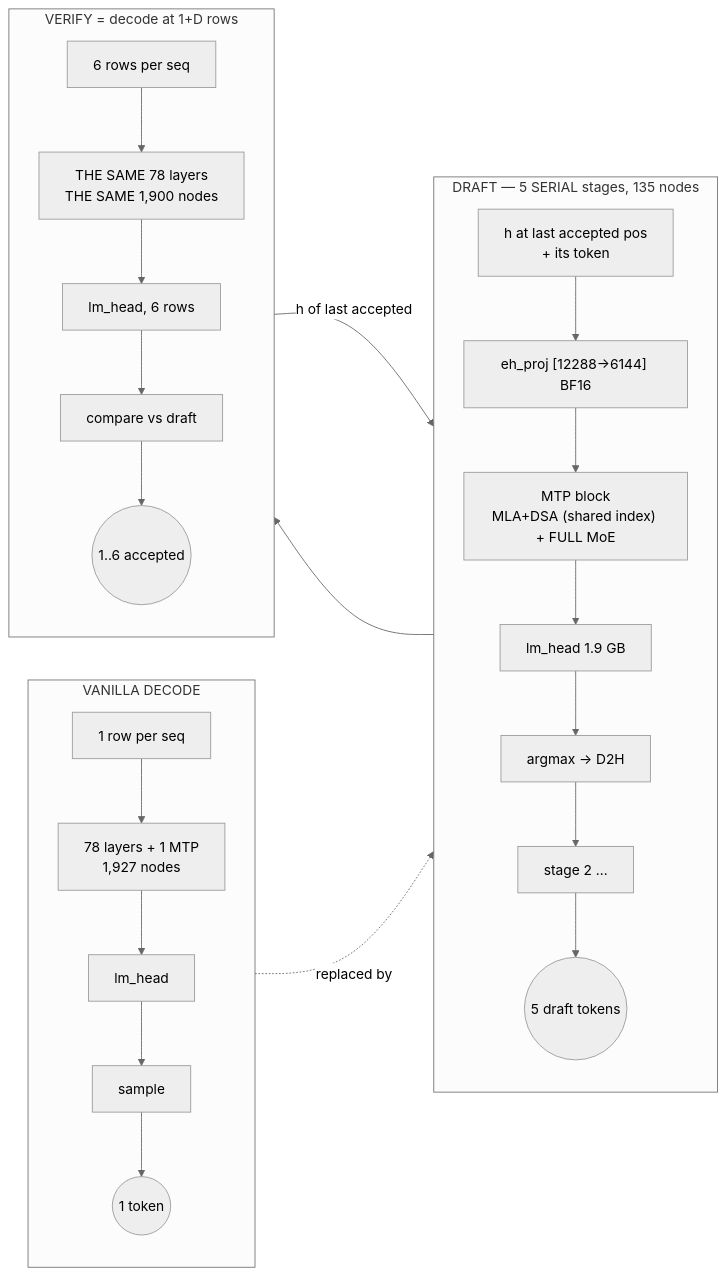
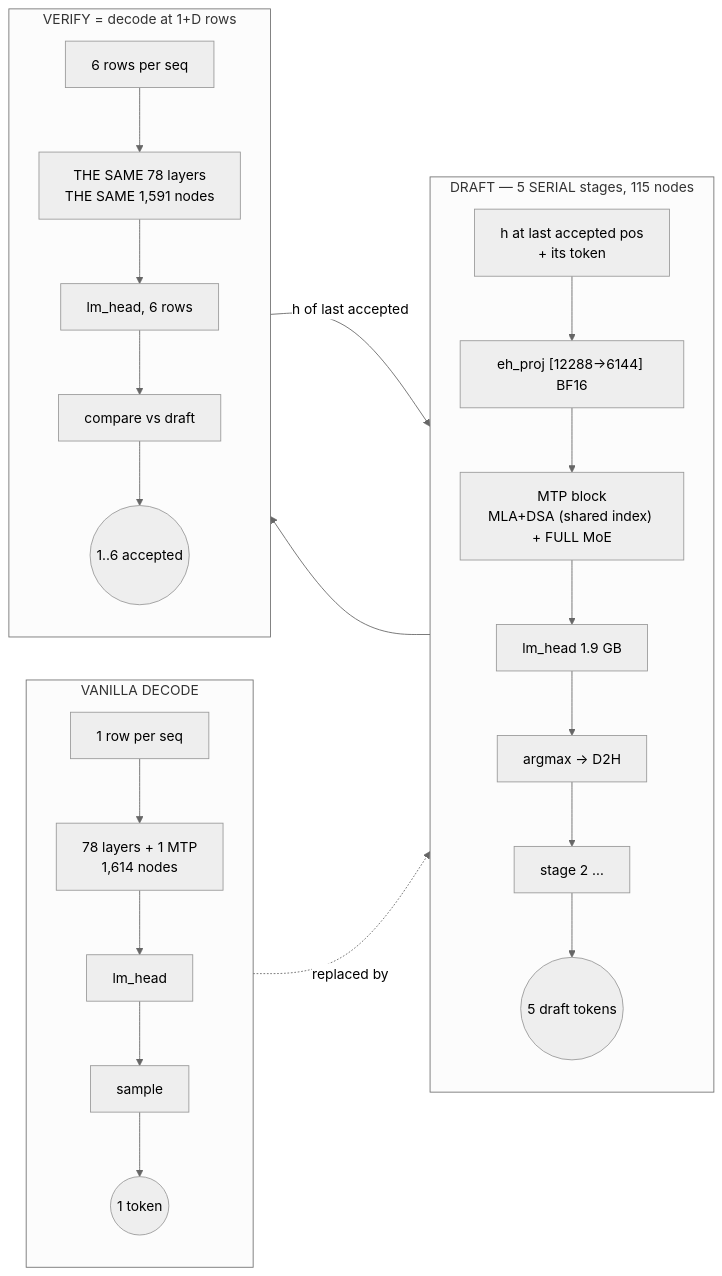
The second of 3 diagrams in docs/glm-5.2/DESIGN-NOTE.md (GitM-Labs/runtime), drawn with Mermaid before and after one commit. The commit also changed other lines of this file and 4 other files, not shown here.

````diff
--- a/docs/glm-5.2/DESIGN-NOTE.md
+++ b/docs/glm-5.2/DESIGN-NOTE.md
@@ -333,25 +333,25 @@
 ```mermaid
 %%{init: {'theme':'neutral'}}%%
 flowchart LR
   subgraph V["VANILLA DECODE"]
     direction TB
-    v1["1 row per seq"] --> v2["78 layers + 1 MTP<br/>1,927 nodes"] --> v3["lm_head"] --> v4["sample"]
+    v1["1 row per seq"] --> v2["78 layers + 1 MTP<br/>1,614 nodes"] --> v3["lm_head"] --> v4["sample"]
     v4 --> v5(("1 token"))
   end
-  subgraph D["DRAFT — 5 SERIAL stages, 135 nodes"]
+  subgraph D["DRAFT — 5 SERIAL stages, 115 nodes"]
     direction TB
     d0["h at last accepted pos<br/>+ its token"] --> eh["eh_proj [12288→6144] BF16"]
     eh --> d1["MTP block<br/>MLA+DSA (shared index) + FULL MoE"]
     d1 --> dl1["lm_head 1.9 GB"] --> ds1["argmax → D2H"] --> d2["stage 2 …"]
     d2 --> dt(("5 draft tokens"))
   end
   subgraph W["VERIFY = decode at 1+D rows"]
     direction TB
-    w1["6 rows per seq"] --> w2["THE SAME 78 layers<br/>THE SAME 1,900 nodes"]
+    w1["6 rows per seq"] --> w2["THE SAME 78 layers<br/>THE SAME 1,591 nodes"]
     w2 --> w3["lm_head, 6 rows"] --> w4["compare vs draft"]
     w4 --> w5(("1..6 accepted"))
   end
   v5 -.->|replaced by| dt
   dt --> w1
   w5 -->|"h of last accepted"| d0
 ```
````
